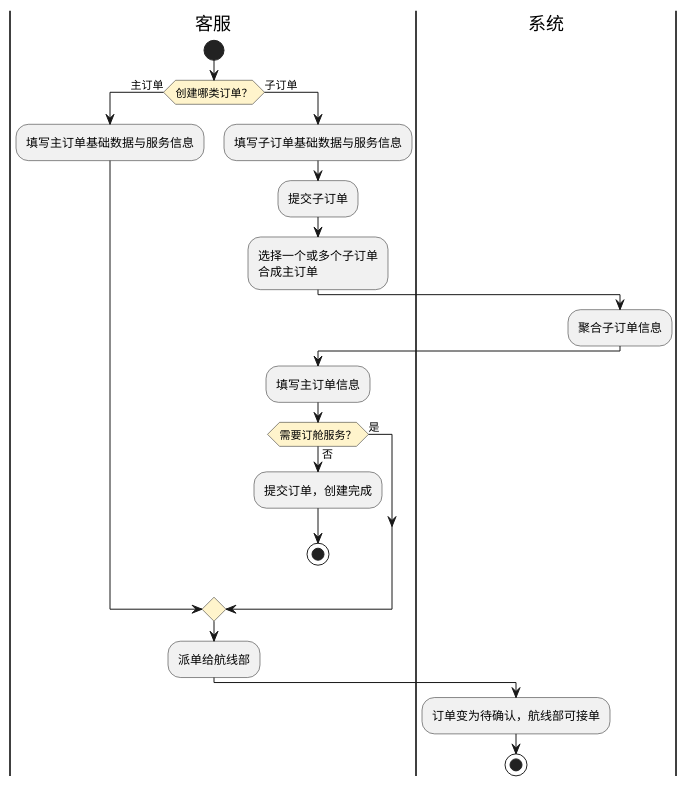
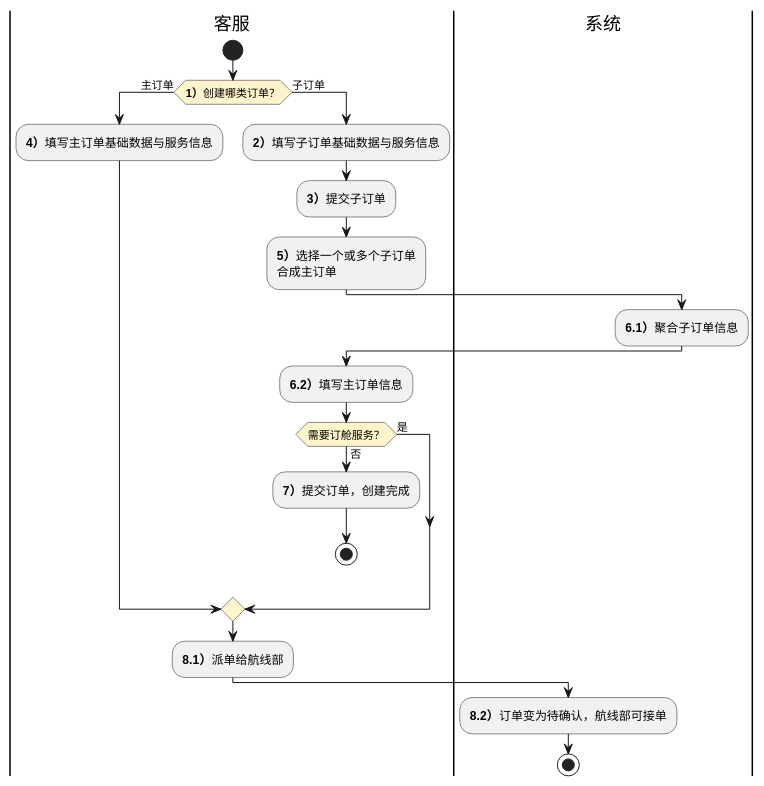
Before and after one commit to jack888332/projects-doc: the first of 7 diagrams in product-caliber/goldjet/segmented-prd/PRD.高捷物流系统一期.第009篇.空运-订单创建.5029269CA8.md, drawn with PlantUML. The commit also changed other lines of this file and 24 other files, not shown here.

````diff
--- a/product-caliber/goldjet/segmented-prd/PRD.高捷物流系统一期.第009篇.空运-订单创建.5029269CA8.md
+++ b/product-caliber/goldjet/segmented-prd/PRD.高捷物流系统一期.第009篇.空运-订单创建.5029269CA8.md
@@ -69,30 +69,30 @@
 ```plantuml
 @startuml goldjet-009-order-booking-handoff
 skinparam activityDiamondBackgroundColor #FFF4CC
 |客服|
 start
-if (创建哪类订单？) then (主订单)
+if (**1）**创建哪类订单？) then (主订单)
   |客服|
-  :填写主订单基础数据与服务信息;
+  :**4）**填写主订单基础数据与服务信息;
 else (子订单)
   |客服|
-  :填写子订单基础数据与服务信息;
-  :提交子订单;
-  :选择一个或多个子订单\n合成主订单;
+  :**2）**填写子订单基础数据与服务信息;
+  :**3）**提交子订单;
+  :**5）**选择一个或多个子订单\n合成主订单;
   |系统|
-  :聚合子订单信息;
+  :**6.1）**聚合子订单信息;
   |客服|
-  :填写主订单信息;
+  :**6.2）**填写主订单信息;
   if (需要订舱服务？) then (否)
-    :提交订单，创建完成;
+    :**7）**提交订单，创建完成;
     stop
   else (是)
   endif
 endif
 |客服|
-:派单给航线部;
+:**8.1）**派单给航线部;
 |系统|
-:订单变为待确认，航线部可接单;
+:**8.2）**订单变为待确认，航线部可接单;
 stop
 @enduml
 ```
````
